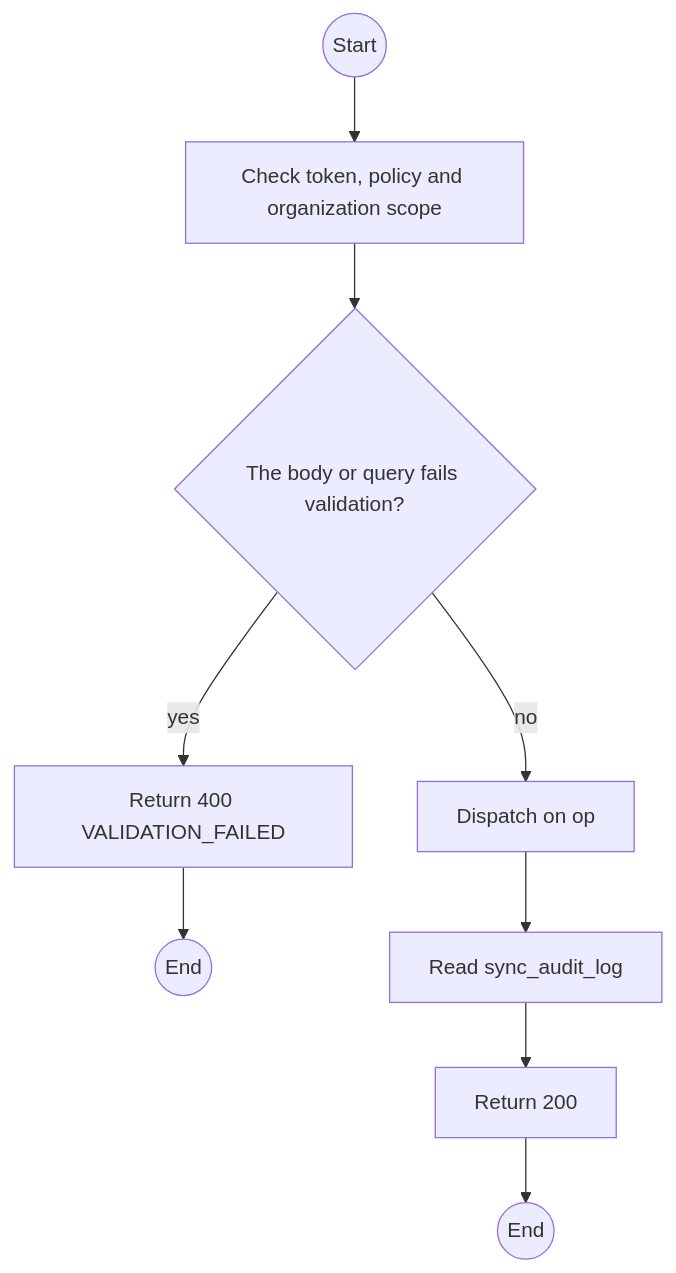
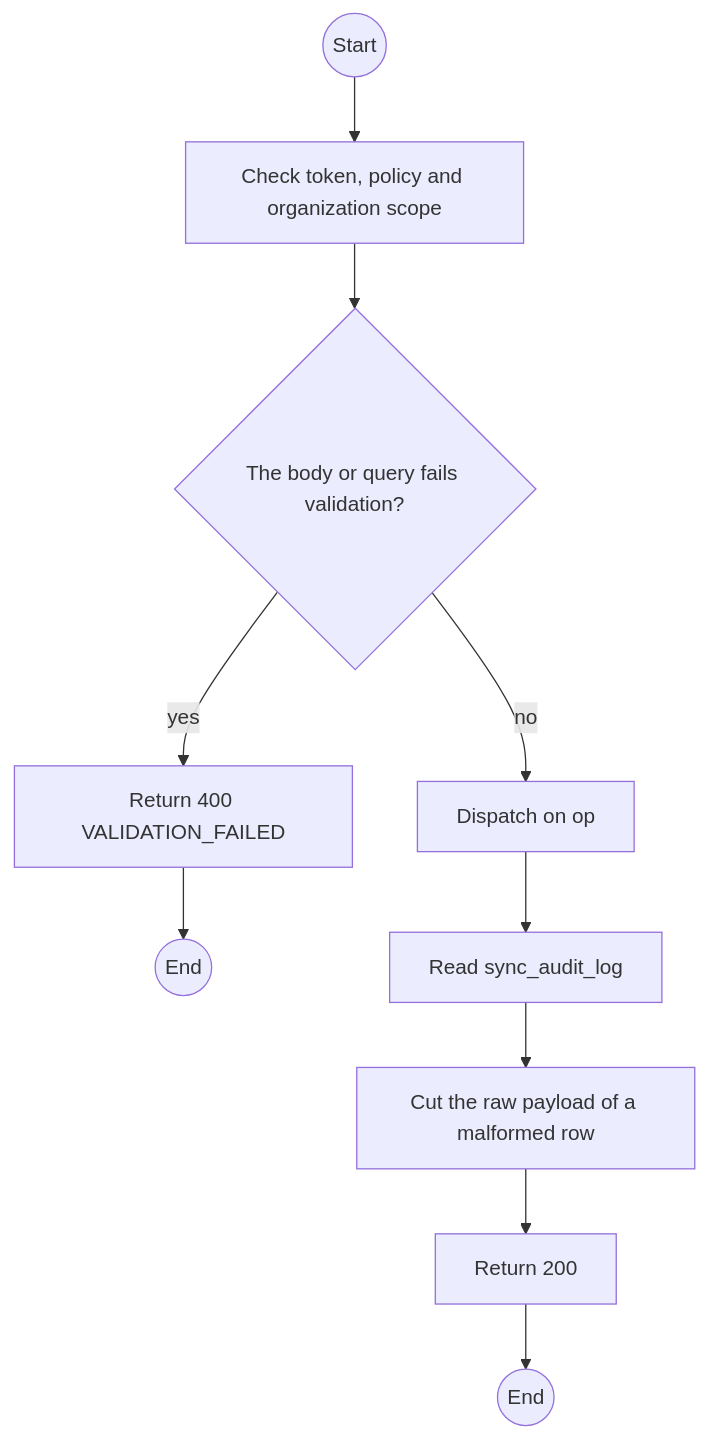
One commit to TrekLink-Team/treklink-web changed the first of 2 diagrams in specs/gateway-sync/api-design/04-post-gateway-sync-op-list-audit.md. Above: the diagram before and after it, drawn with Mermaid. The commit also changed other lines of this file and 15 other files, not shown here.

````diff
--- a/specs/gateway-sync/api-design/04-post-gateway-sync-op-list-audit.md
+++ b/specs/gateway-sync/api-design/04-post-gateway-sync-op-list-audit.md
@@ -137,18 +140,20 @@
 ```mermaid
 flowchart TB
     S((Start))
     A0["Check token, policy and organization scope"]
     S --> A0
     D1{"The body or query fails validation?"}
     A0 --> D1
     E1["Return 400 VALIDATION_FAILED"]
     D1 -->|yes| E1
     E1 --> X1((End))
     P0["Dispatch on op"]
     D1 -->|no| P0
     P1["Read sync_audit_log"]
     P0 --> P1
+    P2["Cut the raw payload of a malformed row"]
+    P1 --> P2
     OK["Return 200"]
-    P1 --> OK
+    P2 --> OK
     OK --> Z((End))
 ```
````
